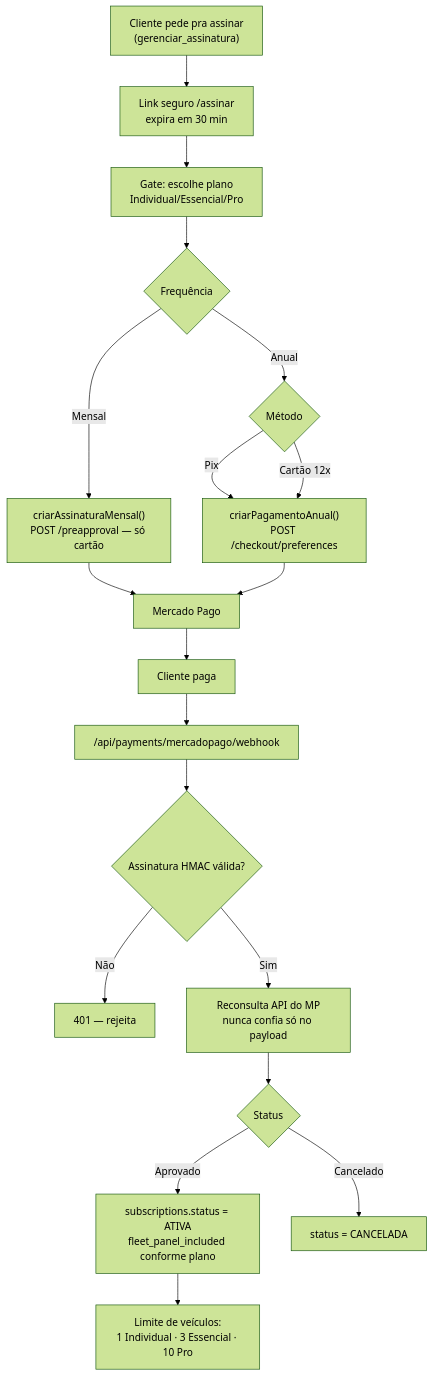
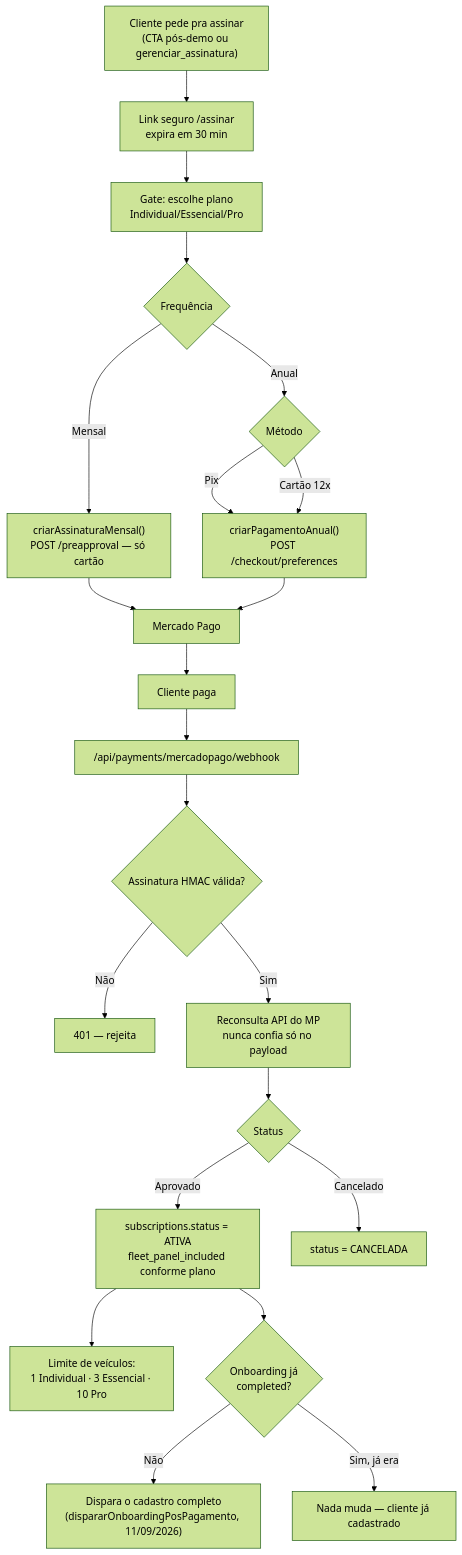
Before and after one commit to rafaelkamosaquario-cpu/frotaia: the third of 4 diagrams in docs/FROTA_IA_FLUXOGRAMA_ATUAL_2026-09-10.md, drawn with Mermaid (forest theme). The commit also changed other lines of this file and 6 other files, not shown here.

````diff
--- a/docs/FROTA_IA_FLUXOGRAMA_ATUAL_2026-09-10.md
+++ b/docs/FROTA_IA_FLUXOGRAMA_ATUAL_2026-09-10.md
@@ -46,21 +57,24 @@
 ```mermaid
 flowchart TD
-    A["Cliente pede pra assinar<br/>(gerenciar_assinatura)"] --> B["Link seguro /assinar<br/>expira em 30 min"]
+    A["Cliente pede pra assinar<br/>(CTA pós-demo ou gerenciar_assinatura)"] --> B["Link seguro /assinar<br/>expira em 30 min"]
     B --> C["Gate: escolhe plano<br/>Individual/Essencial/Pro"]
     C --> D{Frequência}
     D -->|Mensal| E["criarAssinaturaMensal()<br/>POST /preapproval — só cartão"]
     D -->|Anual| F{Método}
     F -->|Pix| G["criarPagamentoAnual()<br/>POST /checkout/preferences"]
     F -->|Cartão 12x| G
     E --> H[Mercado Pago]
     G --> H
     H --> I[Cliente paga]
     I --> J["/api/payments/mercadopago/webhook"]
     J --> K{Assinatura HMAC válida?}
     K -->|Não| L[401 — rejeita]
     K -->|Sim| M["Reconsulta API do MP<br/>nunca confia só no payload"]
     M --> N{Status}
     N -->|Aprovado| O["subscriptions.status = ATIVA<br/>fleet_panel_included conforme plano"]
     N -->|Cancelado| P[status = CANCELADA]
     O --> Q["Limite de veículos:<br/>1 Individual · 3 Essencial · 10 Pro"]
+    O --> R{"Onboarding já<br/>completed?"}
+    R -->|Não| S["Dispara o cadastro completo<br/>(dispararOnboardingPosPagamento, 11/09/2026)"]
+    R -->|Sim, já era| FIM[Nada muda — cliente já cadastrado]
 ```
````
